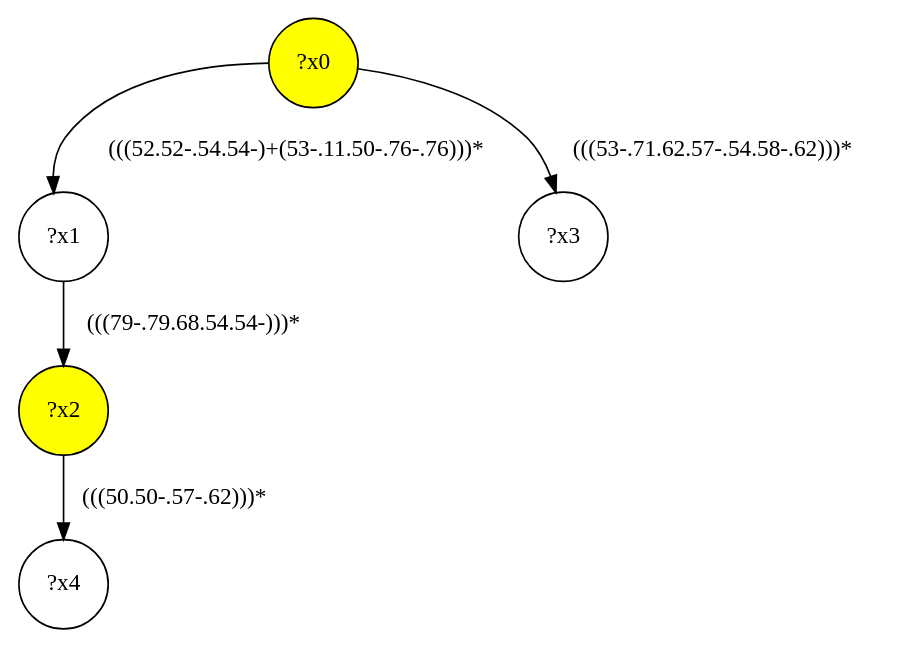
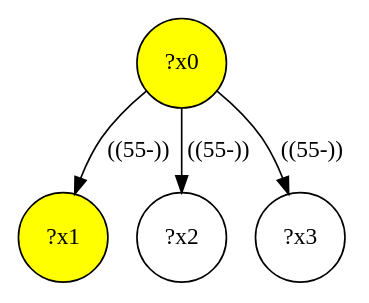
Before and after one commit to MathieuGicquel/federated-benchmark: the diagram in lib/gmark/demo/shop/shop-interface/query-17.dot, drawn with Graphviz. The commit also changed 361 other files, not shown here.

```diff
--- a/lib/gmark/demo/shop/shop-interface/query-17.dot
+++ b/lib/gmark/demo/shop/shop-interface/query-17.dot
@@ -1,11 +1,9 @@
 digraph g {
 	x0 [fillcolor="yellow", style="filled," shape=circle, label="?x0"];
-	x2 [fillcolor="yellow", style="filled," shape=circle, label="?x2"];
-	x1 [shape=circle, label="?x1"];
-	x0 -> x1 [label="(((52.52-.54.54-)+(53-.11.50-.76-.76)))*"];
-	x1 -> x2 [label="(((79-.79.68.54.54-)))*"];
+	x1 [fillcolor="yellow", style="filled," shape=circle, label="?x1"];
+	x0 -> x1 [label="((55-))"];
+	x2 [shape=circle, label="?x2"];
+	x0 -> x2 [label="((55-))"];
 	x3 [shape=circle, label="?x3"];
-	x0 -> x3 [label="(((53-.71.62.57-.54.58-.62)))*"];
-	x4 [shape=circle, label="?x4"];
-	x2 -> x4 [label="(((50.50-.57-.62)))*"];
+	x0 -> x3 [label="((55-))"];
 }
```
